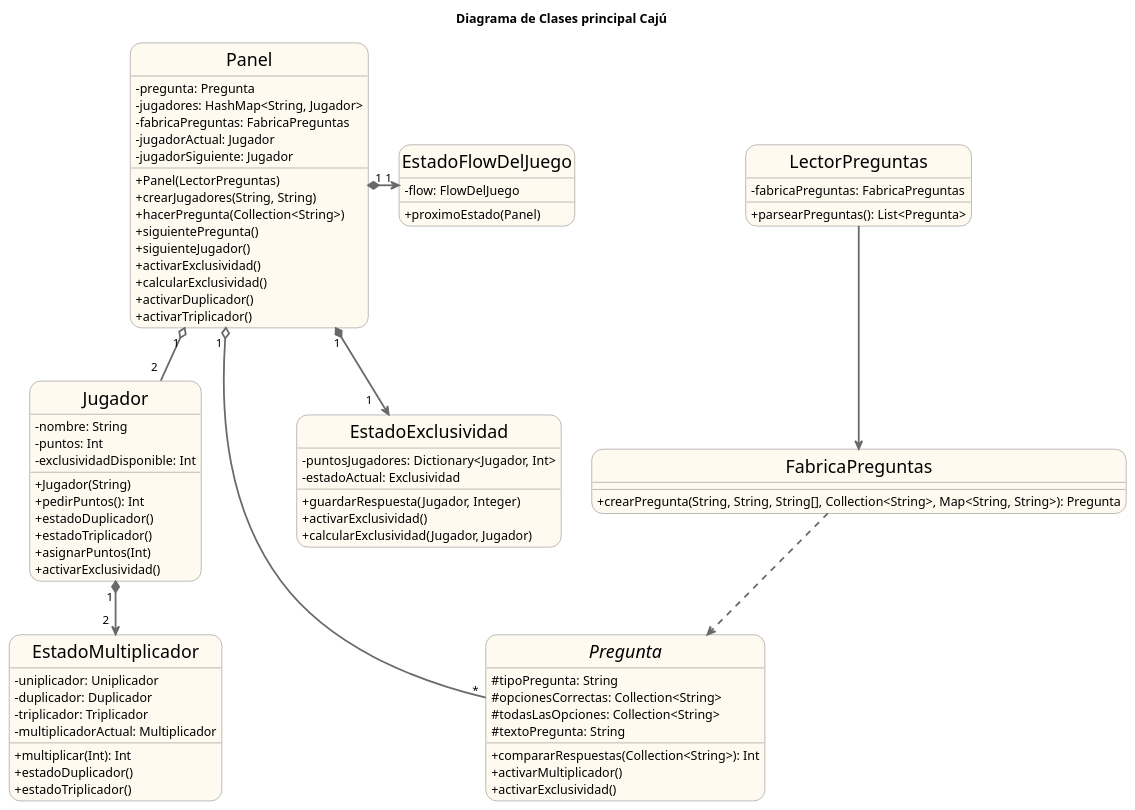
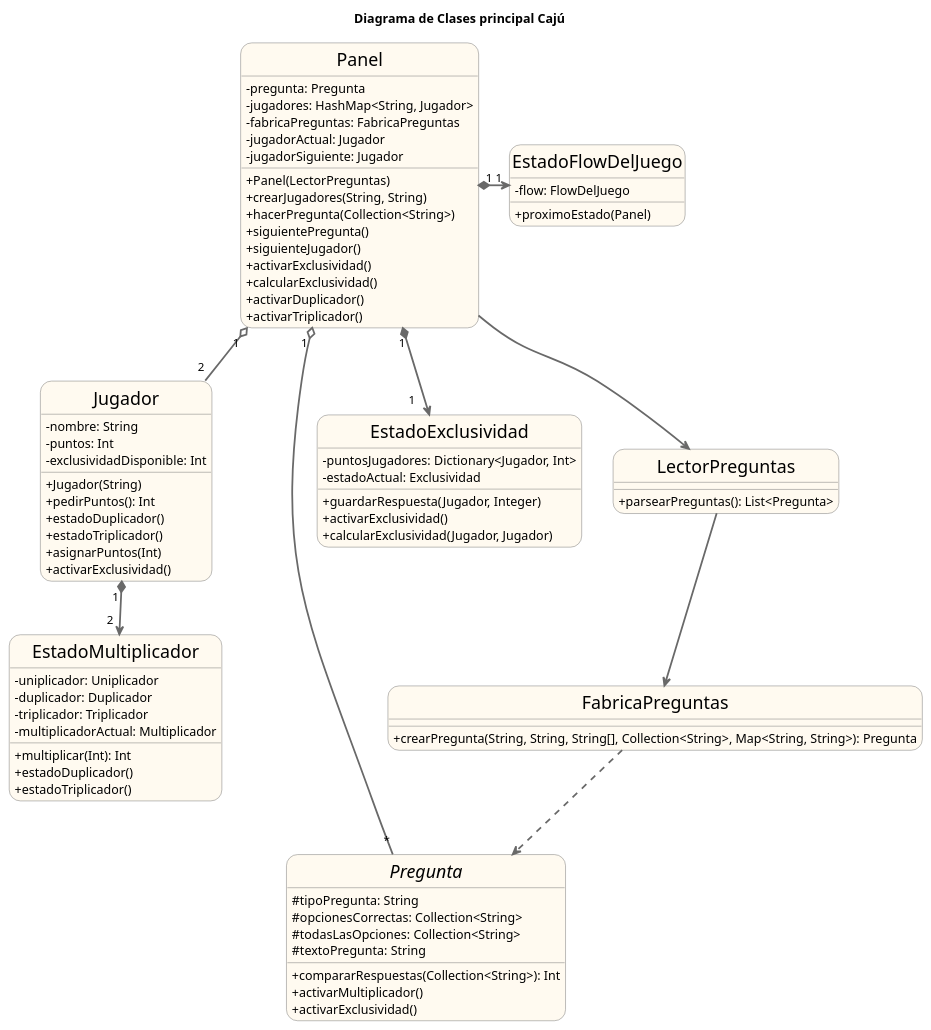
One commit to fvazquezf/TP_2_Algo_3 changed the diagram in UML/Diagrama de clases/diagramaDeClasesPrincipal.puml. Above: the diagram before and after it, drawn with PlantUML.

Commit message:
Corrijo error en el diagramaDeClasesPrincipal

```diff
--- a/UML/Diagrama de clases/diagramaDeClasesPrincipal.puml
+++ b/UML/Diagrama de clases/diagramaDeClasesPrincipal.puml
@@ -1,98 +1,98 @@
 @startuml TP2
 
 title Diagrama de Clases principal Cajú
 
 hide circle
 skinparam classAttributeIconSize 0
 skinparam roundcorner 25
 skinparam sequenceArrowThickness 2
 skinparam classFontSize 20
 
 skinparam class {
 BackgroundColor FloralWhite
 ArrowColor DimGray
 BorderColor DimGray
 }
 
 class Panel{
        - pregunta: Pregunta
        - jugadores: HashMap<String, Jugador>
        - fabricaPreguntas: FabricaPreguntas
        - jugadorActual: Jugador
        - jugadorSiguiente: Jugador
        + Panel(LectorPreguntas)
        + crearJugadores(String, String)
        + hacerPregunta(Collection<String>)
        + siguientePregunta()
        + siguienteJugador()
        + activarExclusividad()
        + calcularExclusividad()
        + activarDuplicador()
        + activarTriplicador()
 }
 
 class Jugador{
         - nombre: String
         - puntos: Int
         - exclusividadDisponible: Int
         + Jugador(String)
         + pedirPuntos(): Int
         + estadoDuplicador()
         + estadoTriplicador()
         + asignarPuntos(Int)
         + activarExclusividad()
 }
 
 abstract class Pregunta{
         # tipoPregunta: String
         # opcionesCorrectas: Collection<String>
         # todasLasOpciones: Collection<String>
         # textoPregunta: String
         + compararRespuestas(Collection<String>): Int
         + activarMultiplicador()
         + activarExclusividad()
 }
 
 class FabricaPreguntas{
        + crearPregunta(String, String, String[], Collection<String>, Map<String, String>): Pregunta
 }
 
 class EstadoMultiplicador{
         - uniplicador: Uniplicador
         - duplicador: Duplicador
         - triplicador: Triplicador
         - multiplicadorActual: Multiplicador
         + multiplicar(Int): Int
         + estadoDuplicador()
         + estadoTriplicador()
 }
 
 class EstadoExclusividad{
         - puntosJugadores: Dictionary<Jugador, Int>
         - estadoActual: Exclusividad
         + guardarRespuesta(Jugador, Integer)
         + activarExclusividad()
         + calcularExclusividad(Jugador, Jugador)
 }
 
 
 class EstadoFlowDelJuego{
         - flow: FlowDelJuego
         + proximoEstado(Panel)
 }
 
 class LectorPreguntas{
-        - fabricaPreguntas: FabricaPreguntas
         + parsearPreguntas(): List<Pregunta>
 }
 
 
+Panel --> LectorPreguntas
 Panel "1 " o-- "2  " Jugador
 Panel "1 " o--- "*" Pregunta
 LectorPreguntas --> FabricaPreguntas
 FabricaPreguntas ..> Pregunta
 Jugador "1 " *--> "2  " EstadoMultiplicador
 Panel " 1" *--> "1    " EstadoExclusividad
 Panel "1 " *--right-> "1" EstadoFlowDelJuego
 
 @enduml
```
